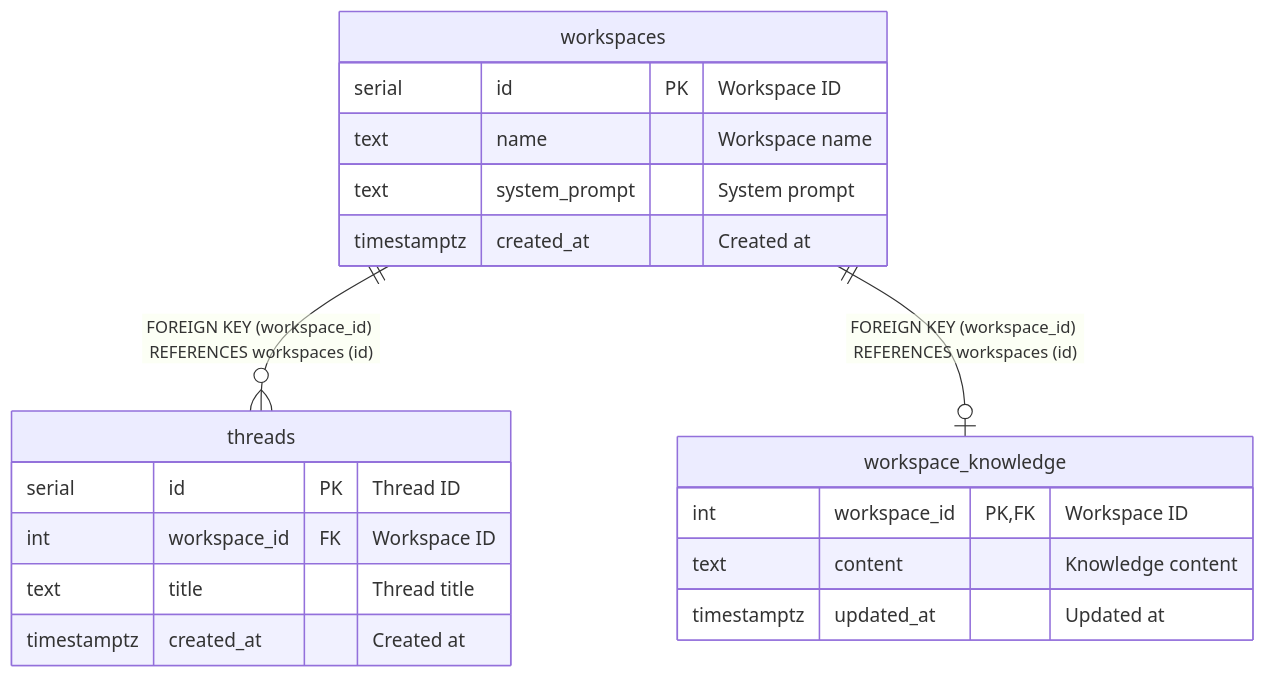
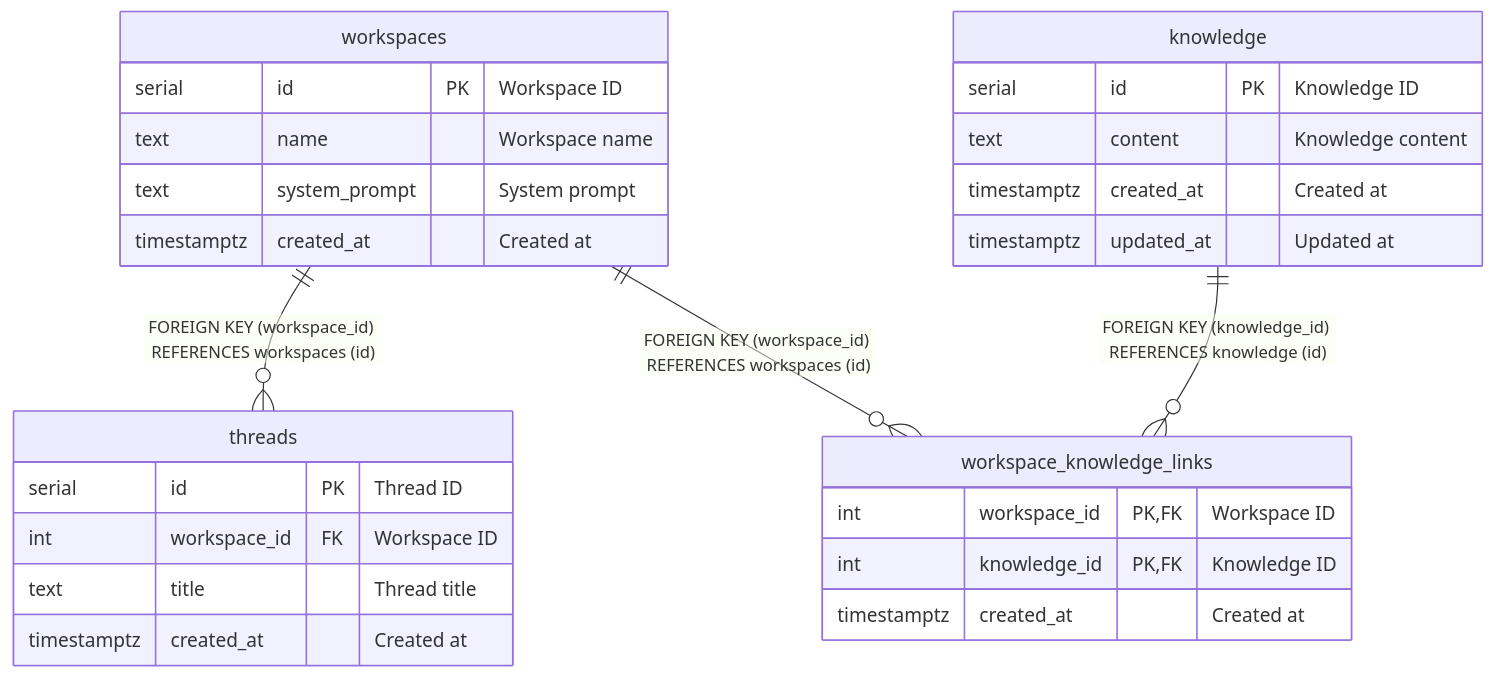
The diagram in docs/schema/workspaces.md (k-kanke/ai-workspace-platform), drawn with Mermaid before and after one commit. The commit also changed other lines of this file and 16 other files, not shown here.

Commit message:
refactor: add links workspace-knowledge

````diff
--- a/docs/schema/workspaces.md
+++ b/docs/schema/workspaces.md
@@ -42,24 +42,31 @@
 ```mermaid
 erDiagram
 
 "workspaces" ||--o{ "threads" : "FOREIGN KEY (workspace_id) REFERENCES workspaces (id)"
-"workspaces" ||--o| "workspace_knowledge" : "FOREIGN KEY (workspace_id) REFERENCES workspaces (id)"
+"workspaces" ||--o{ "workspace_knowledge_links" : "FOREIGN KEY (workspace_id) REFERENCES workspaces (id)"
+"knowledge" ||--o{ "workspace_knowledge_links" : "FOREIGN KEY (knowledge_id) REFERENCES knowledge (id)"
 
 "workspaces" {
   serial id PK "Workspace ID"
   text name "Workspace name"
   text system_prompt "System prompt"
   timestamptz created_at "Created at"
 }
 "threads" {
   serial id PK "Thread ID"
   int workspace_id FK "Workspace ID"
   text title "Thread title"
   timestamptz created_at "Created at"
 }
- "workspace_knowledge" {
+"workspace_knowledge_links" {
   int workspace_id PK, FK "Workspace ID"
+  int knowledge_id PK, FK "Knowledge ID"
+  timestamptz created_at "Created at"
+}
+"knowledge" {
+  serial id PK "Knowledge ID"
   text content "Knowledge content"
+  timestamptz created_at "Created at"
   timestamptz updated_at "Updated at"
 }
 ```
````
